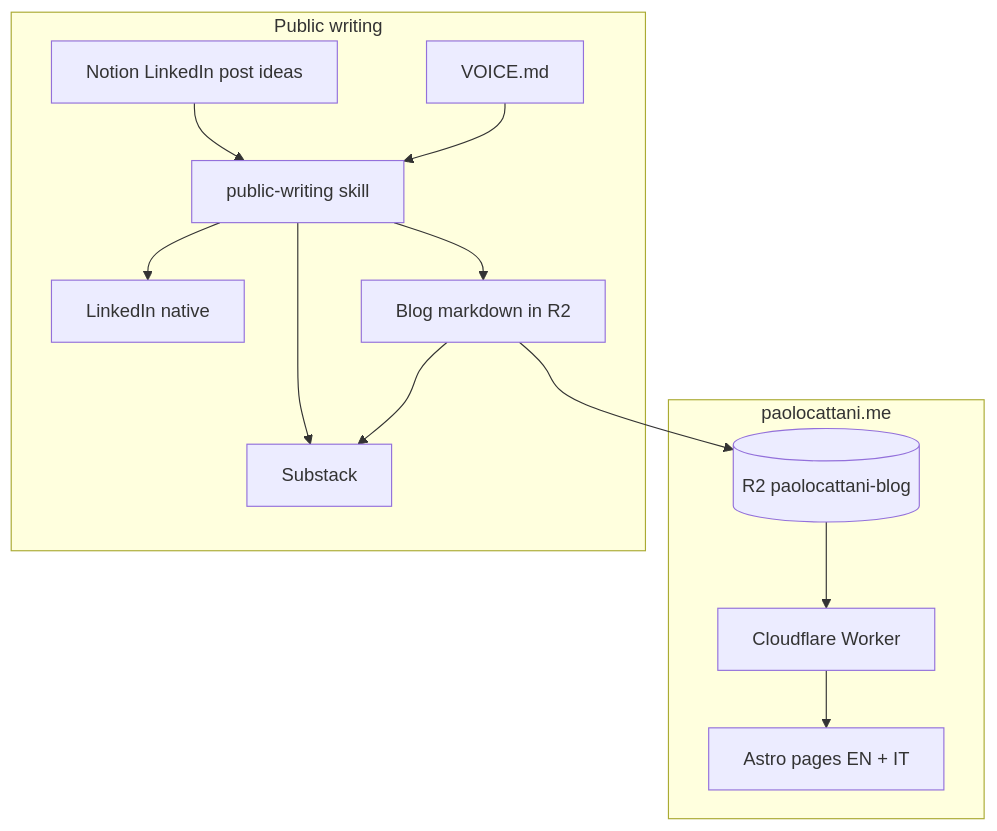
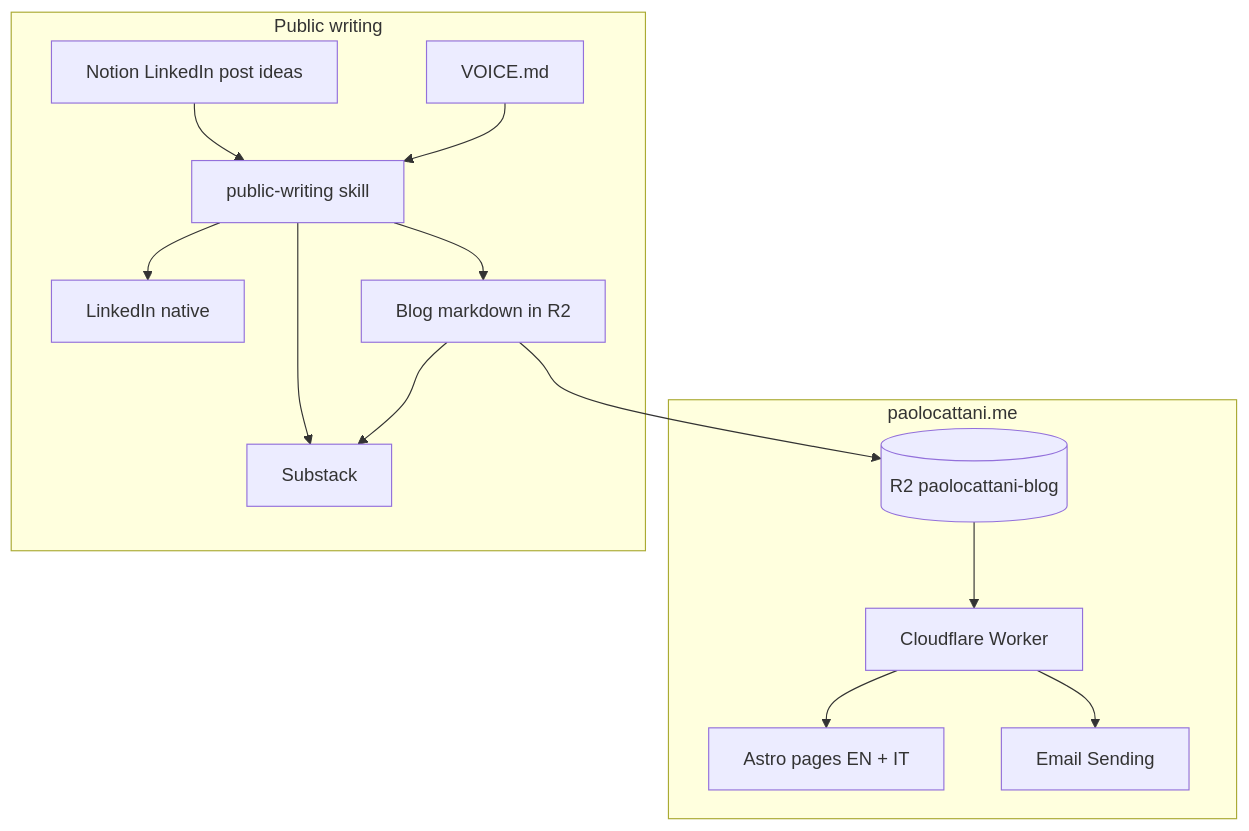
Before and after one commit to paolocattani/me: the diagram in docs/knowledge/MAP.md, drawn with Mermaid. The commit also changed other lines of this file and 13 other files, not shown here.

Commit message:
Implement contact form functionality using Cloudflare Email Sending; update HomeContent component to remove Formspree integration; enhance documentation with contact form details and architectural decisions; refine localization for success and error messages.

````diff
--- a/docs/knowledge/MAP.md
+++ b/docs/knowledge/MAP.md
@@ -9,27 +9,29 @@
 ```mermaid
 graph TD
   subgraph site [paolocattani.me]
     Astro[Astro pages EN + IT]
     R2[(R2 paolocattani-blog)]
     Worker[Cloudflare Worker]
+    Email[Email Sending]
   end
 
   subgraph writing [Public writing]
     NotionIdeas[Notion LinkedIn post ideas]
     Voice[VOICE.md]
     Skill[public-writing skill]
     LinkedIn[LinkedIn native]
     Blog[Blog markdown in R2]
     Substack[Substack]
   end
 
   NotionIdeas --> Skill
   Voice --> Skill
   Skill --> LinkedIn
   Skill --> Blog
   Blog --> R2
   R2 --> Worker
   Worker --> Astro
+  Worker --> Email
   Skill --> Substack
   Blog --> Substack
 ```
````
